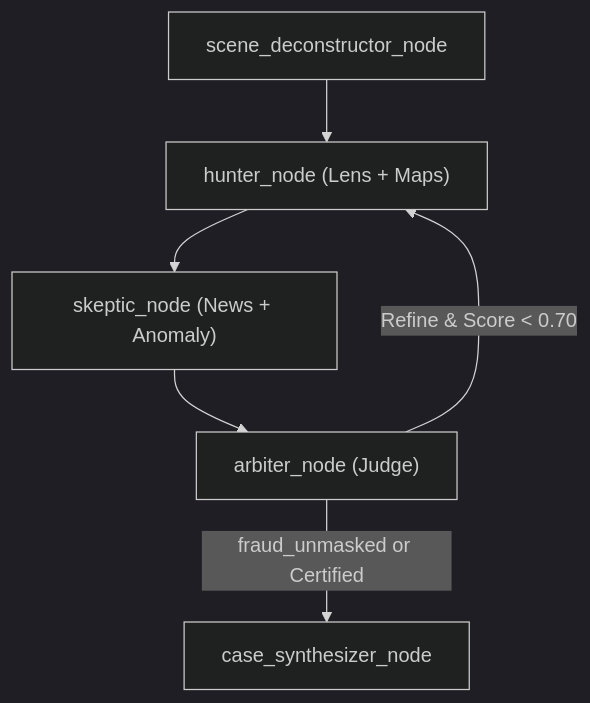
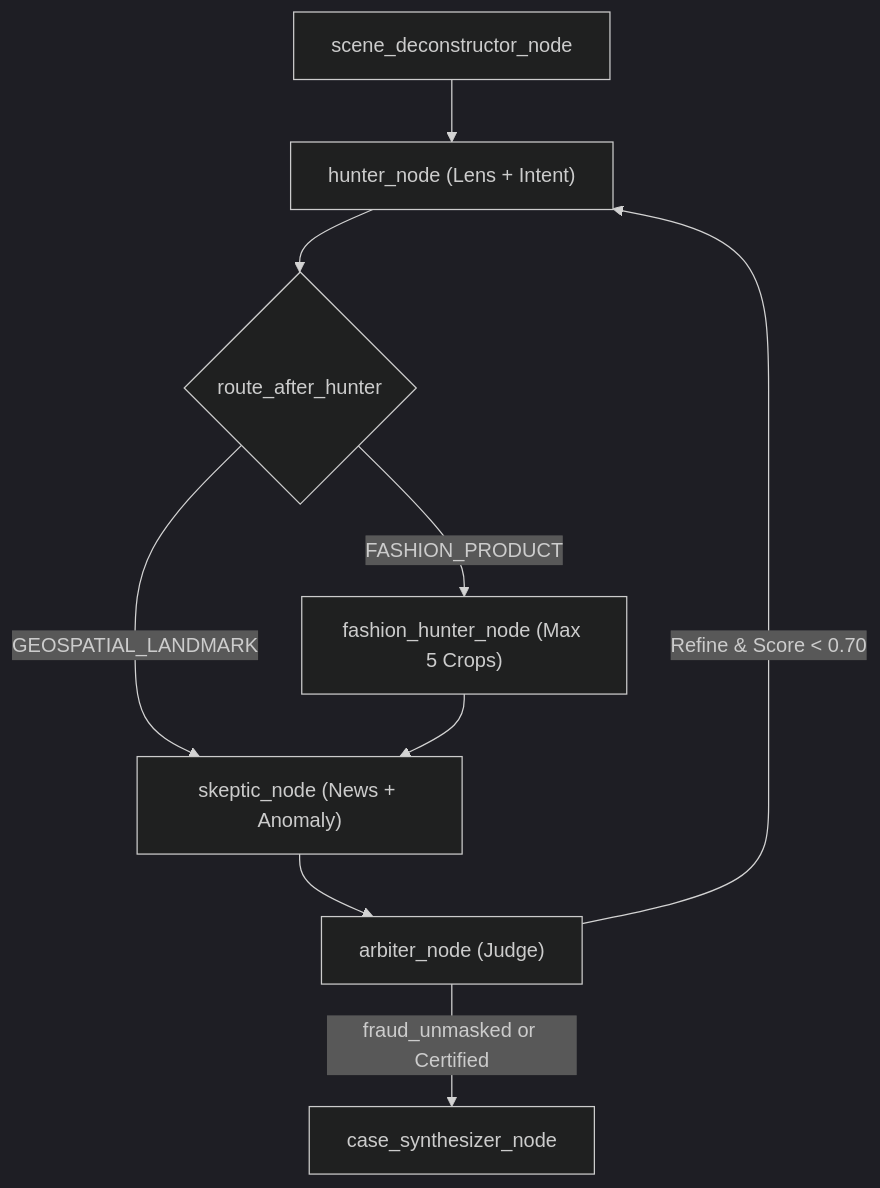
Before and after one commit to Siddhant75/TerraSleuth: the diagram in C4-Documentation/c4-code-backend-app-agent-nodes.md, drawn with Mermaid (dark theme). The commit also changed other lines of this file and 10 other files, not shown here.

````diff
--- a/C4-Documentation/c4-code-backend-app-agent-nodes.md
+++ b/C4-Documentation/c4-code-backend-app-agent-nodes.md
@@ -82,8 +87,11 @@
 ```mermaid
 graph TD
-    SD["scene_deconstructor_node"] --> HN["hunter_node (Lens + Maps)"]
-    HN --> SN["skeptic_node (News + Anomaly)"]
+    SD["scene_deconstructor_node"] --> HN["hunter_node (Lens + Intent)"]
+    HN --> IntentCheck{route_after_hunter}
+    IntentCheck -->|FASHION_PRODUCT| FHN["fashion_hunter_node (Max 5 Crops)"]
+    IntentCheck -->|GEOSPATIAL_LANDMARK| SN["skeptic_node (News + Anomaly)"]
+    FHN --> SN
     SN --> AN["arbiter_node (Judge)"]
     AN -->|fraud_unmasked or Certified| CS["case_synthesizer_node"]
     AN -->|Refine & Score < 0.70| HN
 ```
````
